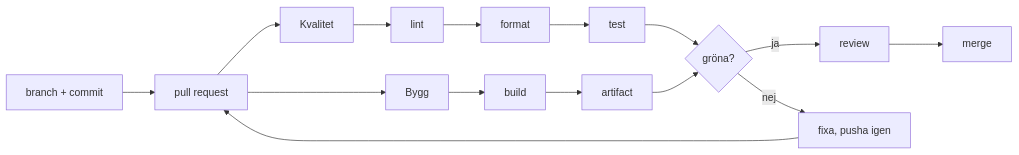
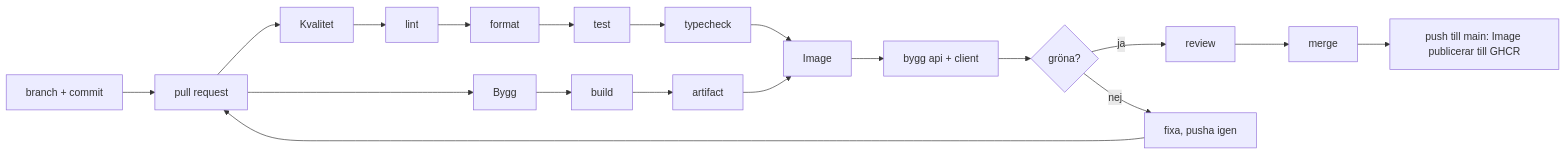
Before and after one commit to Thebeatkicks/DevVuers: the diagram in docs/pipeline.md, drawn with Mermaid. The commit also changed other lines of this file, not shown here.

````diff
--- a/docs/pipeline.md
+++ b/docs/pipeline.md
@@ -7,21 +7,26 @@
 ```mermaid
 flowchart LR
   B[branch + commit] --> PR[pull request]
 
   PR --> Q[Kvalitet]
   Q --> L[lint]
   L --> FM[format]
   FM --> T[test]
+  T --> TC[typecheck]
 
   PR --> BU[Bygg]
   BU --> BI[build]
   BI --> AR[artifact]
 
-  T --> S{gröna?}
-  AR --> S
+  TC --> IM[Image]
+  AR --> IM
+  IM --> IB[bygg api + client]
+
+  IB --> S{gröna?}
 
   S -->|ja| RV[review]
   RV --> M[merge]
+  M --> PU[push till main: Image publicerar till GHCR]
   S -->|nej| FX[fixa, pusha igen]
   FX --> PR
 ```
````
